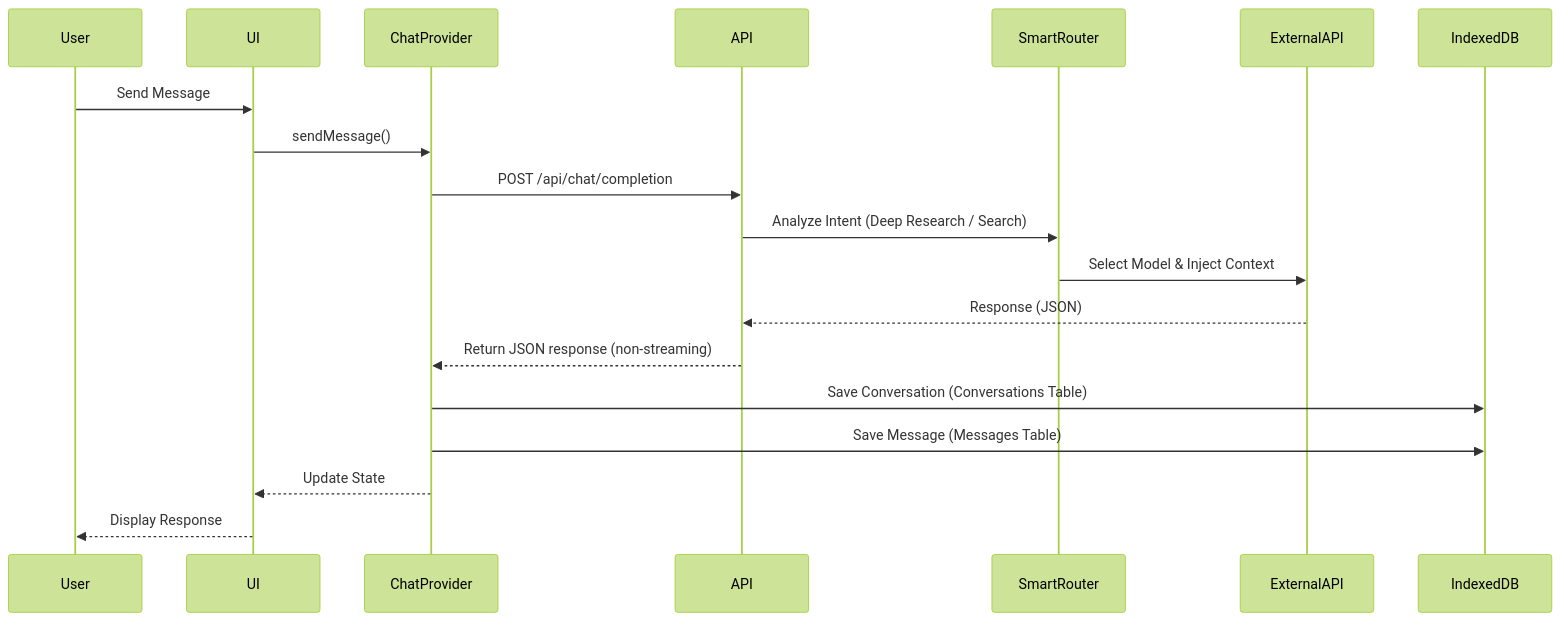
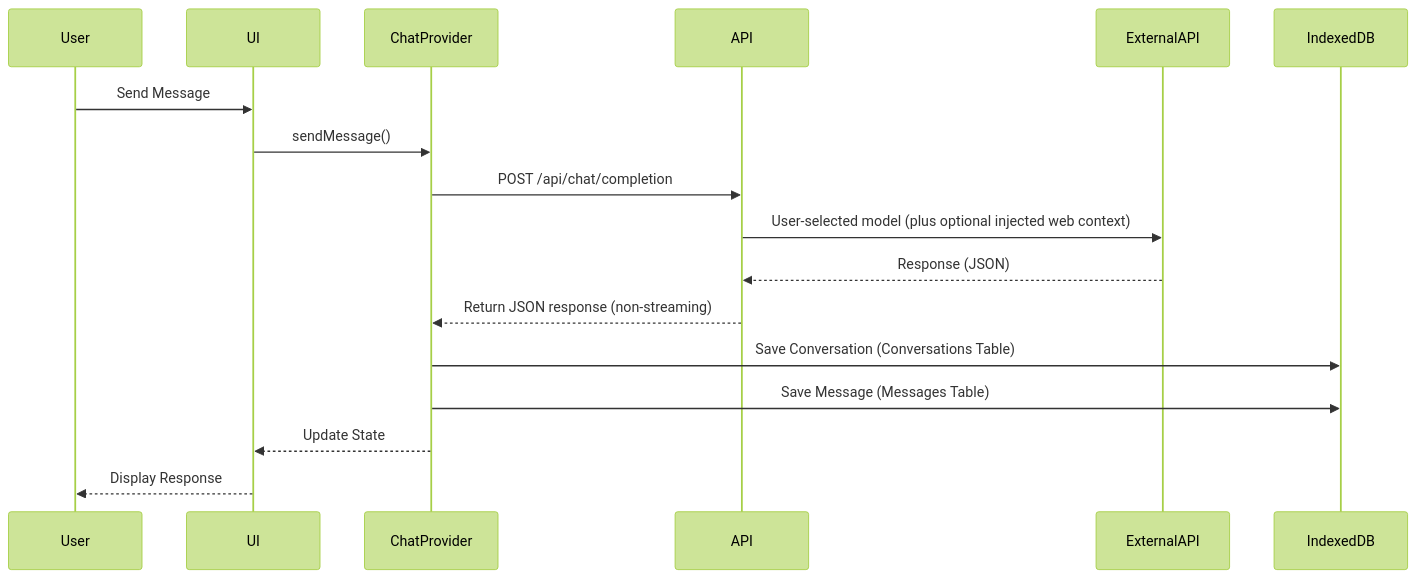
The third of 5 diagrams in docs/architecture-view.md (loopmaster303/heyhihosted), drawn with Mermaid (forest theme) before and after one commit. The commit also changed other lines of this file and 41 other files, not shown here.

````diff
--- a/docs/architecture-view.md
+++ b/docs/architecture-view.md
@@ -79,22 +77,20 @@
 ```mermaid
 sequenceDiagram
     participant User
     participant UI
     participant ChatProvider
     participant API
-    participant SmartRouter
     participant ExternalAPI
     participant IndexedDB
     
     User->>UI: Send Message
     UI->>ChatProvider: sendMessage()
     ChatProvider->>API: POST /api/chat/completion
-    API->>SmartRouter: Analyze Intent (Deep Research / Search)
-    SmartRouter->>ExternalAPI: Select Model & Inject Context
+    API->>ExternalAPI: User-selected model (plus optional injected web context)
     ExternalAPI-->>API: Response (JSON)
     API-->>ChatProvider: Return JSON response (non-streaming)
     ChatProvider->>IndexedDB: Save Conversation (Conversations Table)
     ChatProvider->>IndexedDB: Save Message (Messages Table)
     ChatProvider-->>UI: Update State
     UI-->>User: Display Response
 ```
````
